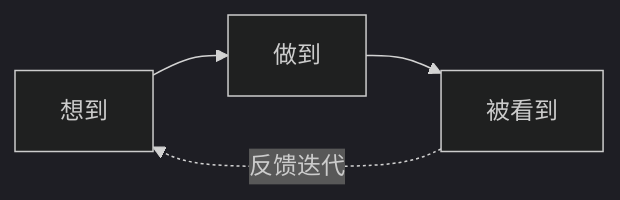
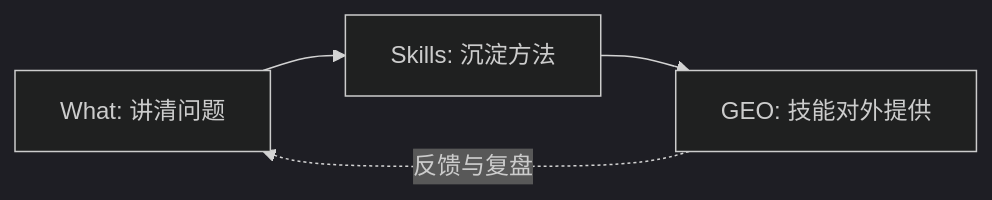
One commit to lijma/lijma changed the diagram in index.md. Above: the diagram before and after it, drawn with Mermaid (dark theme). The commit also changed other lines of this file and 10 other files, not shown here.

````diff
--- a/index.md
+++ b/index.md
@@ -74,6 +120,6 @@
 ```mermaid
 graph LR
-    A[想到] --> B[做到]
-    B --> C[被看到]
-    C -.->|反馈迭代| A
+    A[What: 讲清问题] --> B[Skills: 沉淀方法]
+    B --> C[GEO: 技能对外提供]
+    C -.->|反馈与复盘| A
 ```
````
